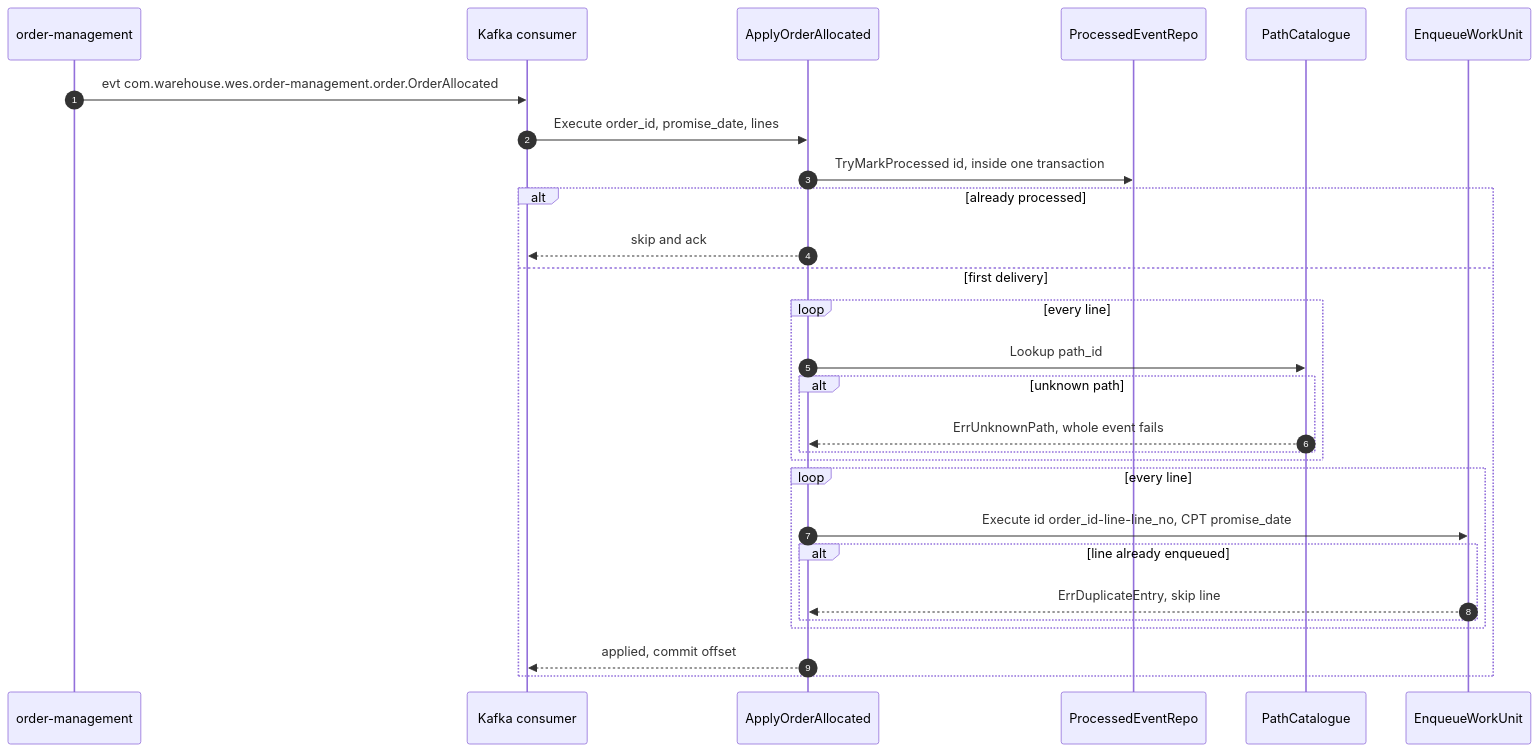
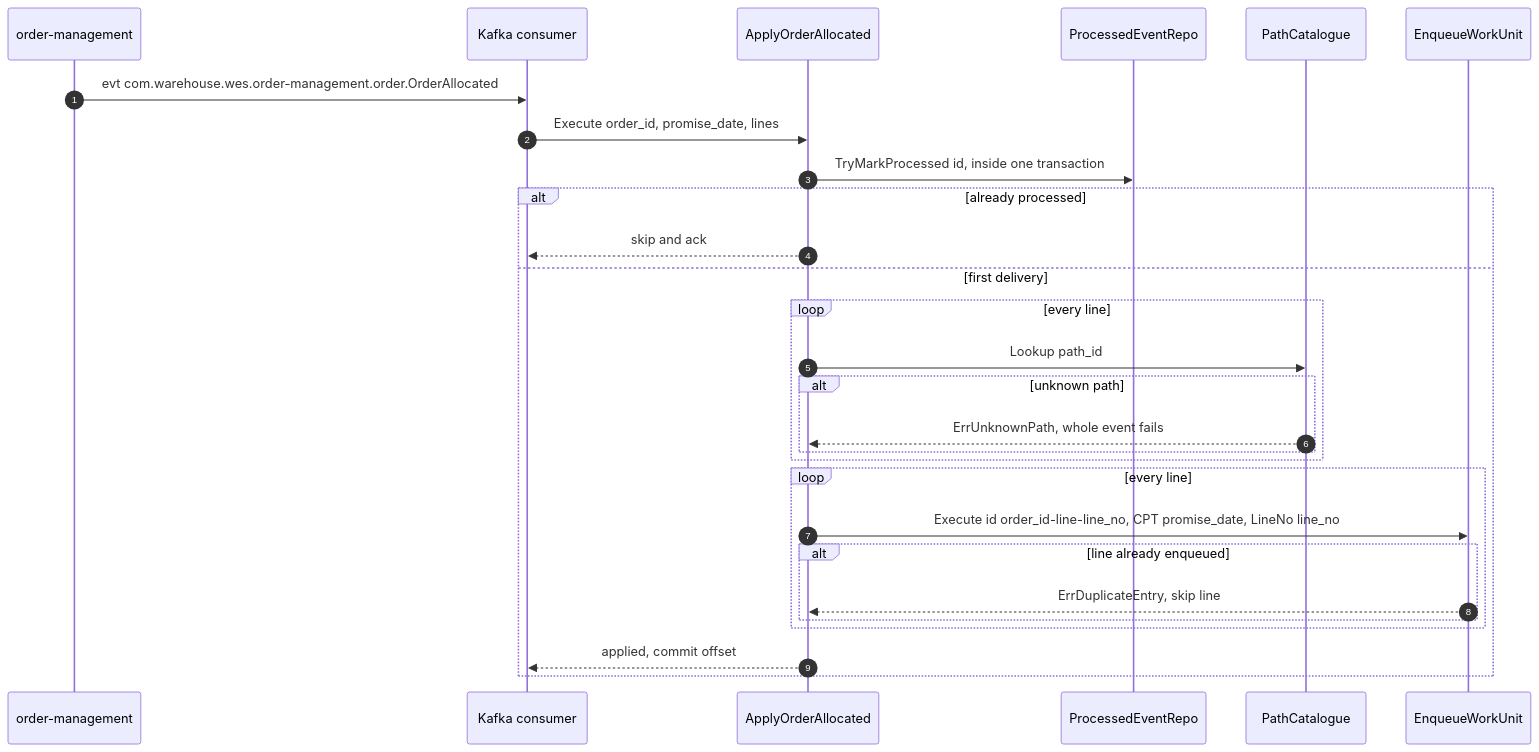
The seventh of 10 diagrams in docs/contexts/wes-work-planning/sequence-diagrams.md (IQVO/warehouse-docs), drawn with Mermaid before and after one commit. The commit also changed other lines of this file and 119 other files, not shown here.

````diff
--- a/docs/contexts/wes-work-planning/sequence-diagrams.md
+++ b/docs/contexts/wes-work-planning/sequence-diagrams.md
@@ -322,31 +322,31 @@
 ```mermaid
 sequenceDiagram
     autonumber
     participant OM as order-management
     participant KIN as Kafka consumer
     participant AOA as ApplyOrderAllocated
     participant PE as ProcessedEventRepo
     participant Cat as PathCatalogue
     participant EWU as EnqueueWorkUnit
 
     OM->>KIN: evt com.warehouse.wes.order-management.order.OrderAllocated
     KIN->>AOA: Execute order_id, promise_date, lines
     AOA->>PE: TryMarkProcessed id, inside one transaction
     alt already processed
         AOA-->>KIN: skip and ack
     else first delivery
         loop every line
             AOA->>Cat: Lookup path_id
             alt unknown path
                 Cat-->>AOA: ErrUnknownPath, whole event fails
             end
         end
         loop every line
-            AOA->>EWU: Execute id order_id-line-line_no, CPT promise_date
+            AOA->>EWU: Execute id order_id-line-line_no, CPT promise_date, LineNo line_no
             alt line already enqueued
                 EWU-->>AOA: ErrDuplicateEntry, skip line
             end
         end
         AOA-->>KIN: applied, commit offset
     end
 ```
````
